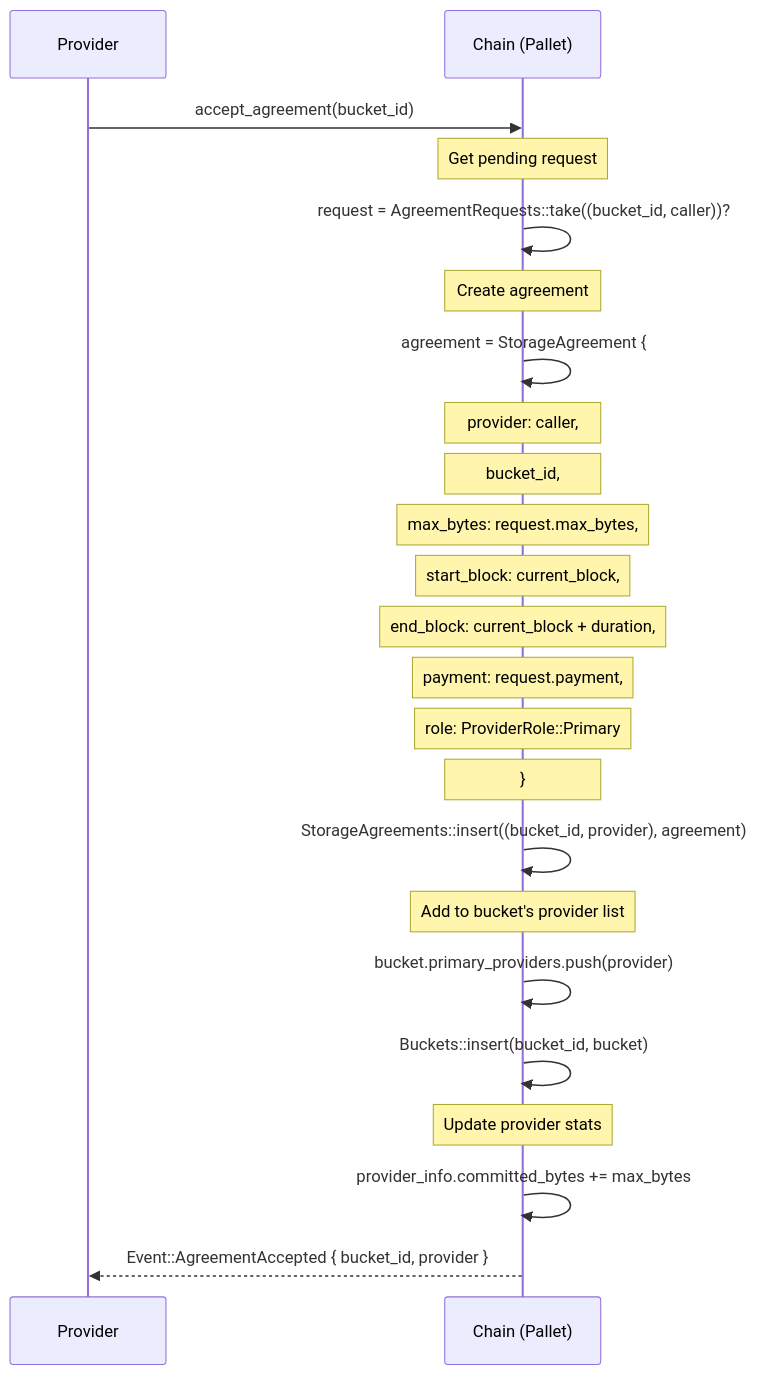
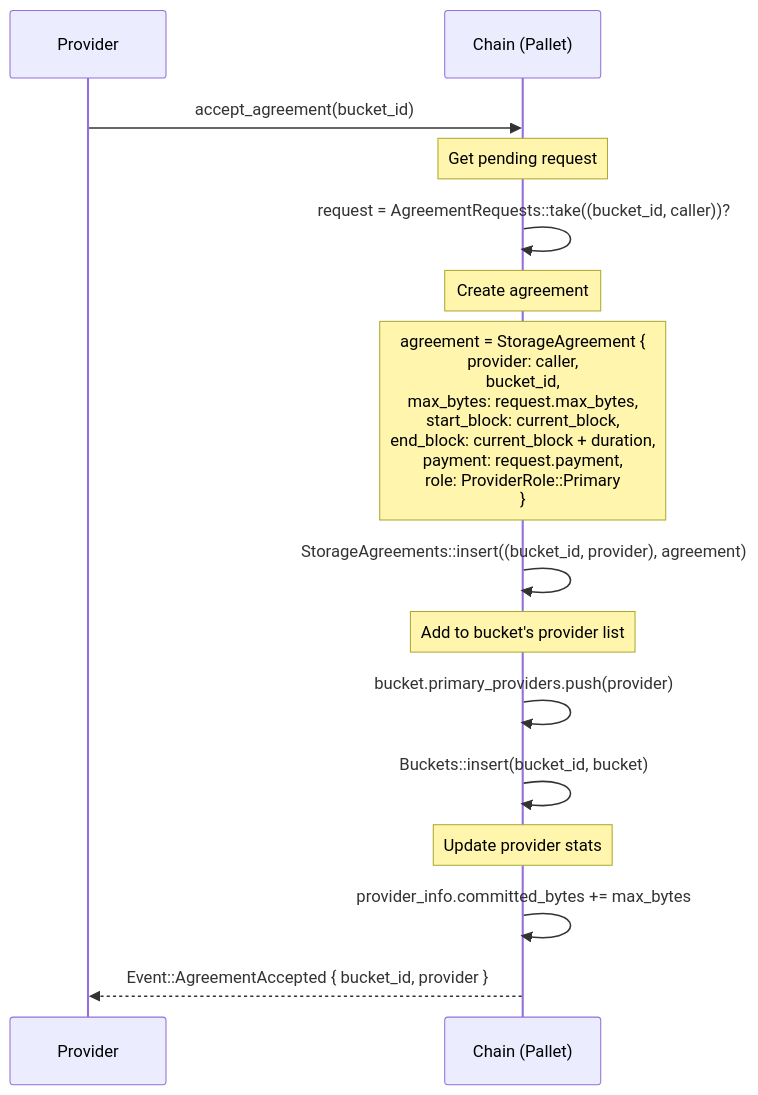
The fifth of 13 diagrams in docs/design/EXECUTION_FLOWS.md (paritytech/web3-storage), drawn with Mermaid before and after one commit. The commit also changed other lines of this file, not shown here.

First line of the commit message:
docs(EXECUTION_FLOWS): collapse multi-line sequence-diagram notes

````diff
--- a/docs/design/EXECUTION_FLOWS.md
+++ b/docs/design/EXECUTION_FLOWS.md
@@ -248,32 +231,24 @@
 ```mermaid
 sequenceDiagram
     participant P as Provider
     participant C as Chain (Pallet)
 
     P->>C: accept_agreement(bucket_id)
 
     Note over C: Get pending request
     C->>C: request = AgreementRequests::take((bucket_id, caller))?
 
     Note over C: Create agreement
-    C->>C: agreement = StorageAgreement {
-    Note over C:   provider: caller,
-    Note over C:   bucket_id,
-    Note over C:   max_bytes: request.max_bytes,
-    Note over C:   start_block: current_block,
-    Note over C:   end_block: current_block + duration,
-    Note over C:   payment: request.payment,
-    Note over C:   role: ProviderRole::Primary
-    Note over C: }
+    Note over C: agreement = StorageAgreement {<br/> provider: caller,<br/> bucket_id,<br/> max_bytes: request.max_bytes,<br/> start_block: current_block,<br/> end_block: current_block + duration,<br/> payment: request.payment,<br/> role: ProviderRole::Primary<br/>}
 
     C->>C: StorageAgreements::insert((bucket_id, provider), agreement)
 
     Note over C: Add to bucket's provider list
     C->>C: bucket.primary_providers.push(provider)
     C->>C: Buckets::insert(bucket_id, bucket)
 
     Note over C: Update provider stats
     C->>C: provider_info.committed_bytes += max_bytes
 
     C-->>P: Event::AgreementAccepted { bucket_id, provider }
 ```
````
